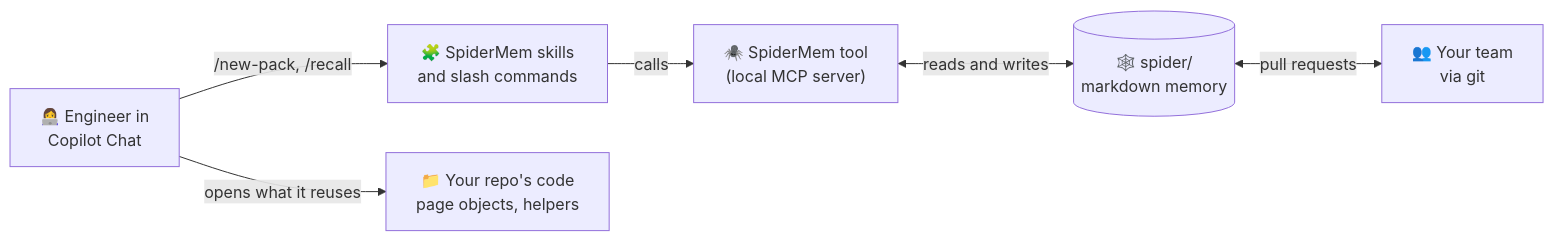
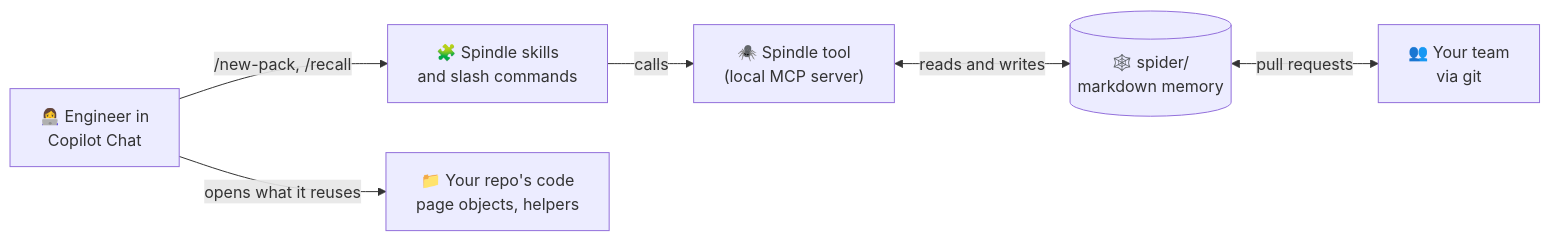
Before and after one commit to AbhiAuto/Spindle: the diagram in README.md, drawn with Mermaid. The commit also changed other lines of this file and 60 other files, not shown here.

First line of the commit message:
Rename SpiderMem to Spindle (0.5.1)

````diff
--- a/README.md
+++ b/README.md
@@ -75,8 +77,8 @@
 ```mermaid
 flowchart LR
-    A["👩‍💻 Engineer in<br/>Copilot Chat"] -->|/new-pack, /recall| B["🧩 SpiderMem skills<br/>and slash commands"]
-    B -->|calls| C["🕷️ SpiderMem tool<br/>(local MCP server)"]
+    A["👩‍💻 Engineer in<br/>Copilot Chat"] -->|/new-pack, /recall| B["🧩 Spindle skills<br/>and slash commands"]
+    B -->|calls| C["🕷️ Spindle tool<br/>(local MCP server)"]
     C <-->|reads and writes| D[("🕸️ spider/<br/>markdown memory")]
     A -->|opens what it reuses| E["📁 Your repo's code<br/>page objects, helpers"]
     D <-->|pull requests| F["👥 Your team<br/>via git"]
 ```
````
